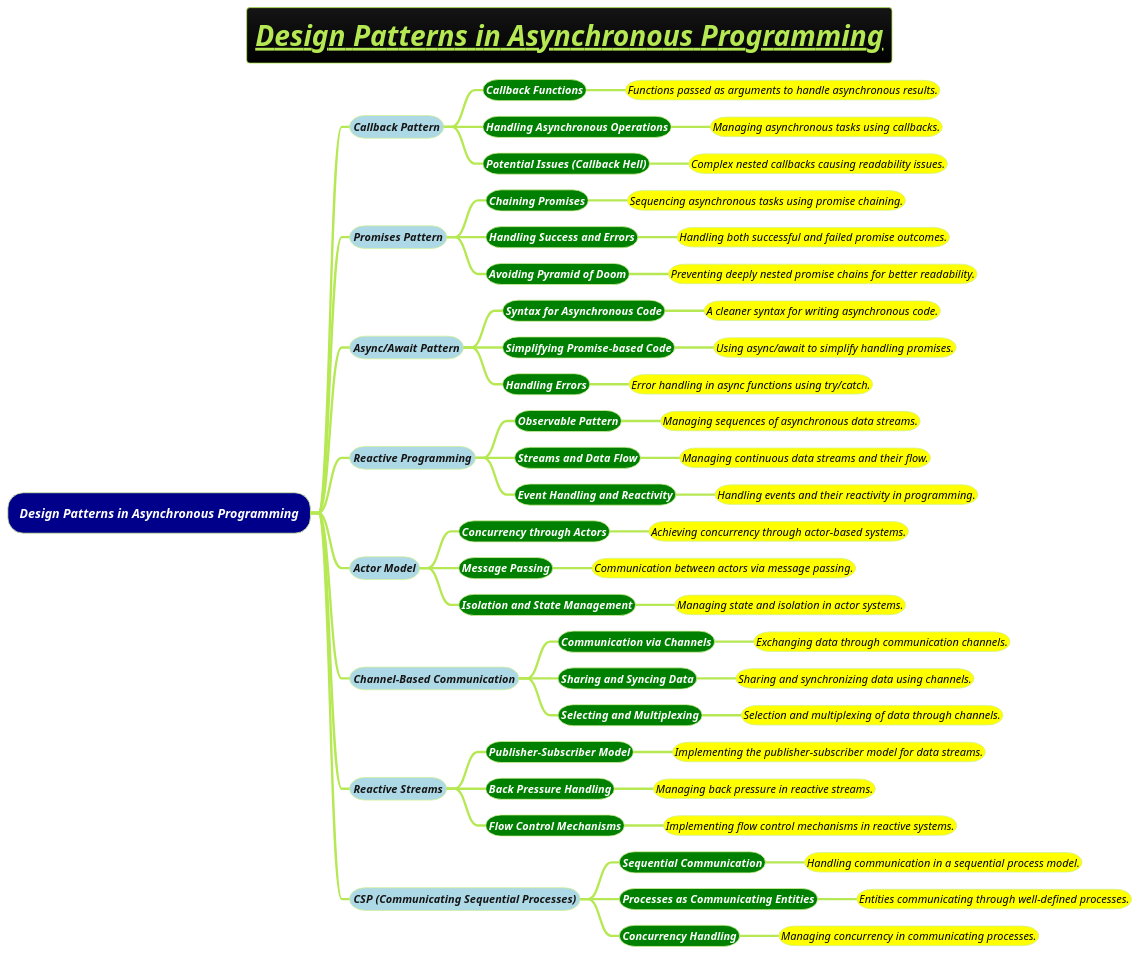
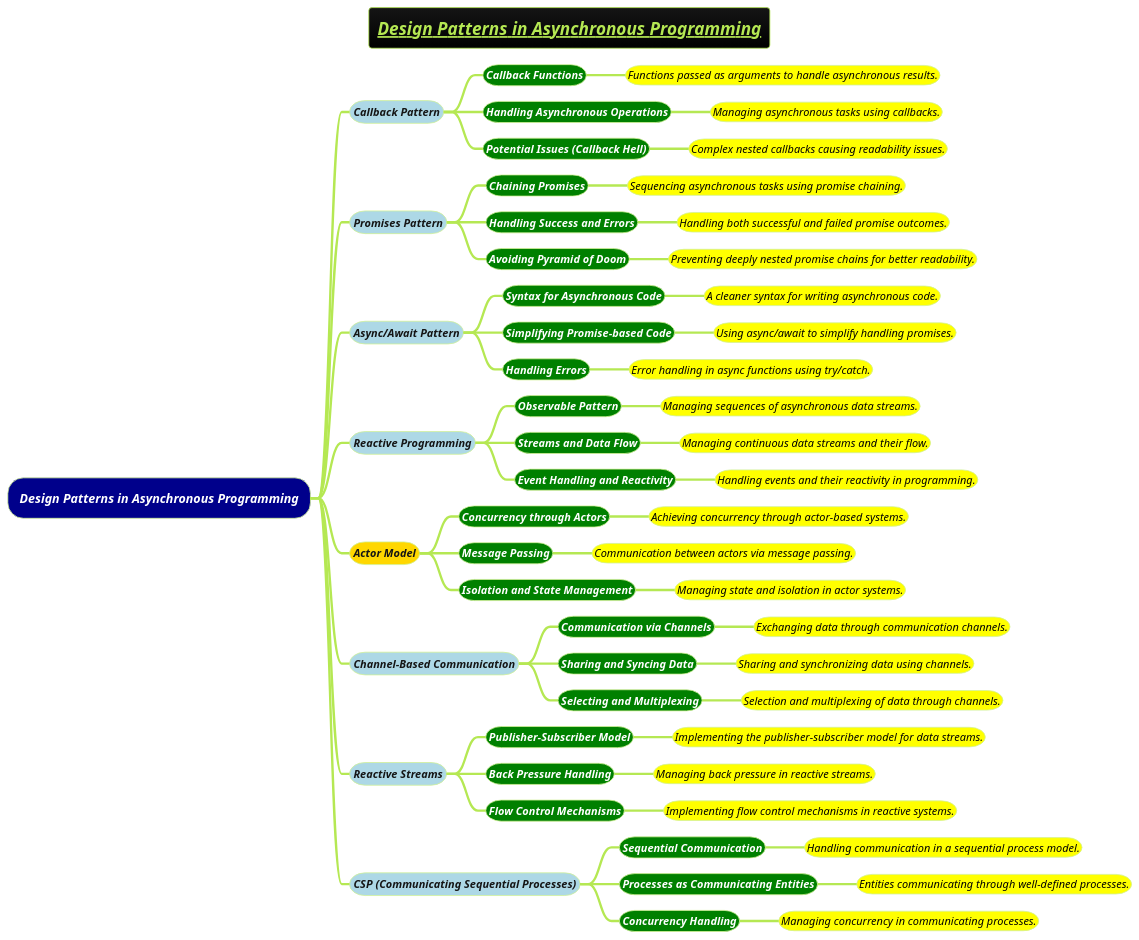
One commit to MehmoodHashmi/Documentation-as-Code-DaC changed the diagram in docs/3-programming-languages/Venkat-Subramaniam/Design-Patterns-in-Asynchronous-Programming.puml. Above: the diagram before and after it, drawn with PlantUML. The commit also changed 34 other files, not shown here.

```diff
--- a/docs/3-programming-languages/Venkat-Subramaniam/Design-Patterns-in-Asynchronous-Programming.puml
+++ b/docs/3-programming-languages/Venkat-Subramaniam/Design-Patterns-in-Asynchronous-Programming.puml
@@ -1,62 +1,62 @@
 @startmindmap
-title =<i><b><u>Design Patterns in Asynchronous Programming
+title =<i><b><u><size:18>Design Patterns in Asynchronous Programming
 !theme hacker
 
 *[#darkblue] <i><color #white>Design Patterns in Asynchronous Programming
 **[#lightblue] <i><color #blac><size:14>Callback Pattern
 ***[#green] <b><i><color #white><size:14>Callback Functions
 ****[#yellow] <i><color #black><size:14>Functions passed as arguments to handle asynchronous results.
 ***[#green] <b><i><color #white><size:14>Handling Asynchronous Operations
 ****[#yellow] <i><color #black><size:14>Managing asynchronous tasks using callbacks.
 ***[#green] <b><i><color #white><size:14>Potential Issues (Callback Hell)
 ****[#yellow] <i><color #black><size:14>Complex nested callbacks causing readability issues.
 **[#lightblue] <i><color #blac><size:14>Promises Pattern
 ***[#green] <b><i><color #white><size:14>Chaining Promises
 ****[#yellow] <i><color #black><size:14>Sequencing asynchronous tasks using promise chaining.
 ***[#green] <b><i><color #white><size:14>Handling Success and Errors
 ****[#yellow] <i><color #black><size:14>Handling both successful and failed promise outcomes.
 ***[#green] <b><i><color #white><size:14>Avoiding Pyramid of Doom
 ****[#yellow] <i><color #black><size:14>Preventing deeply nested promise chains for better readability.
 **[#lightblue] <i><color #blac><size:14>Async/Await Pattern
 ***[#green] <b><i><color #white><size:14>Syntax for Asynchronous Code
 ****[#yellow] <i><color #black><size:14>A cleaner syntax for writing asynchronous code.
 ***[#green] <b><i><color #white><size:14>Simplifying Promise-based Code
 ****[#yellow] <i><color #black><size:14>Using async/await to simplify handling promises.
 ***[#green] <b><i><color #white><size:14>Handling Errors
 ****[#yellow] <i><color #black><size:14>Error handling in async functions using try/catch.
 **[#lightblue] <i><color #blac><size:14>Reactive Programming
 ***[#green] <b><i><color #white><size:14>Observable Pattern
 ****[#yellow] <i><color #black><size:14>Managing sequences of asynchronous data streams.
 ***[#green] <b><i><color #white><size:14>Streams and Data Flow
 ****[#yellow] <i><color #black><size:14>Managing continuous data streams and their flow.
 ***[#green] <b><i><color #white><size:14>Event Handling and Reactivity
 ****[#yellow] <i><color #black><size:14>Handling events and their reactivity in programming.
-**[#lightblue] <i><color #blac><size:14>Actor Model
+**[#gold] <i><color #blac><size:14>Actor Model
 ***[#green] <b><i><color #white><size:14>Concurrency through Actors
 ****[#yellow] <i><color #black><size:14>Achieving concurrency through actor-based systems.
 ***[#green] <b><i><color #white><size:14>Message Passing
 ****[#yellow] <i><color #black><size:14>Communication between actors via message passing.
 ***[#green] <b><i><color #white><size:14>Isolation and State Management
 ****[#yellow] <i><color #black><size:14>Managing state and isolation in actor systems.
 **[#lightblue] <i><color #blac><size:14>Channel-Based Communication
 ***[#green] <b><i><color #white><size:14>Communication via Channels
 ****[#yellow] <i><color #black><size:14>Exchanging data through communication channels.
 ***[#green] <b><i><color #white><size:14>Sharing and Syncing Data
 ****[#yellow] <i><color #black><size:14>Sharing and synchronizing data using channels.
 ***[#green] <b><i><color #white><size:14>Selecting and Multiplexing
 ****[#yellow] <i><color #black><size:14>Selection and multiplexing of data through channels.
 **[#lightblue] <i><color #blac><size:14>Reactive Streams
 ***[#green] <b><i><color #white><size:14>Publisher-Subscriber Model
 ****[#yellow] <i><color #black><size:14>Implementing the publisher-subscriber model for data streams.
 ***[#green] <b><i><color #white><size:14>Back Pressure Handling
 ****[#yellow] <i><color #black><size:14>Managing back pressure in reactive streams.
 ***[#green] <b><i><color #white><size:14>Flow Control Mechanisms
 ****[#yellow] <i><color #black><size:14>Implementing flow control mechanisms in reactive systems.
 **[#lightblue] <i><color #blac><size:14>CSP (Communicating Sequential Processes)
 ***[#green] <b><i><color #white><size:14>Sequential Communication
 ****[#yellow] <i><color #black><size:14>Handling communication in a sequential process model.
 ***[#green] <b><i><color #white><size:14>Processes as Communicating Entities
 ****[#yellow] <i><color #black><size:14>Entities communicating through well-defined processes.
 ***[#green] <b><i><color #white><size:14>Concurrency Handling
 ****[#yellow] <i><color #black><size:14>Managing concurrency in communicating processes.
 @endmindmap
```
